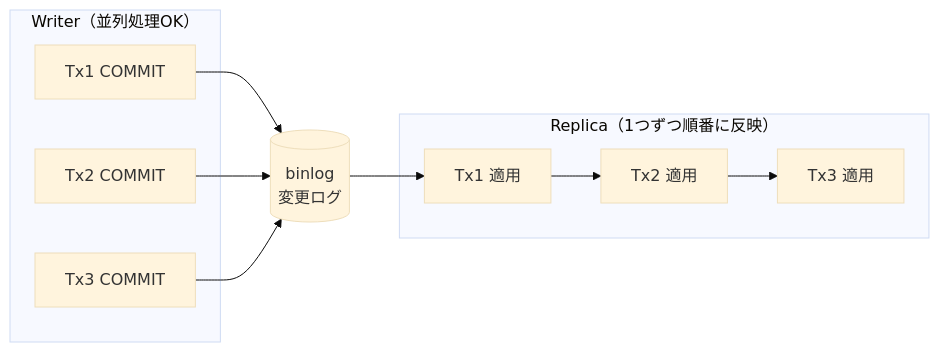
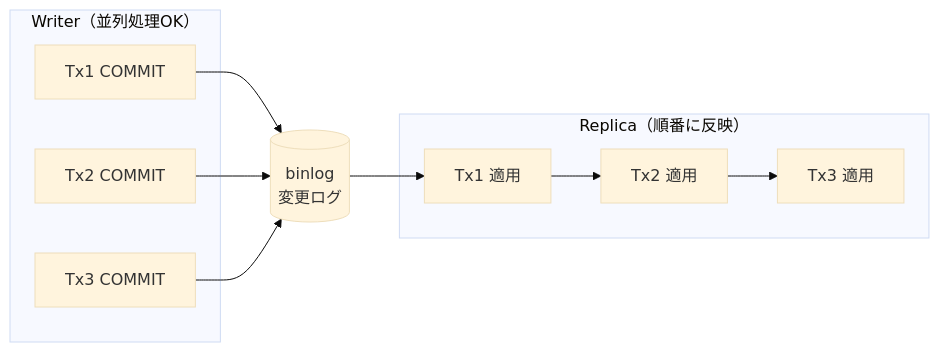
One commit to TaichiFujii0326/deadlock-replication-demo changed the first of 2 diagrams in final.md. Above: the diagram before and after it, drawn with Mermaid (base theme). The commit also changed other lines of this file and 2 other files, not shown here.

````diff
--- a/final.md
+++ b/final.md
@@ -78,19 +78,19 @@
 ```mermaid
 flowchart LR
     subgraph Writer["Writer（並列処理OK）"]
         W1[Tx1 COMMIT]
         W2[Tx2 COMMIT]
         W3[Tx3 COMMIT]
     end
 
     B[(binlog<br/>変更ログ)]
 
-    subgraph Replica["Replica（1つずつ順番に反映）"]
+    subgraph Replica["Replica（順番に反映）"]
         R1[Tx1 適用] --> R2[Tx2 適用] --> R3[Tx3 適用]
     end
 
     W1 --> B
     W2 --> B
     W3 --> B
     B --> R1
 ```
````
